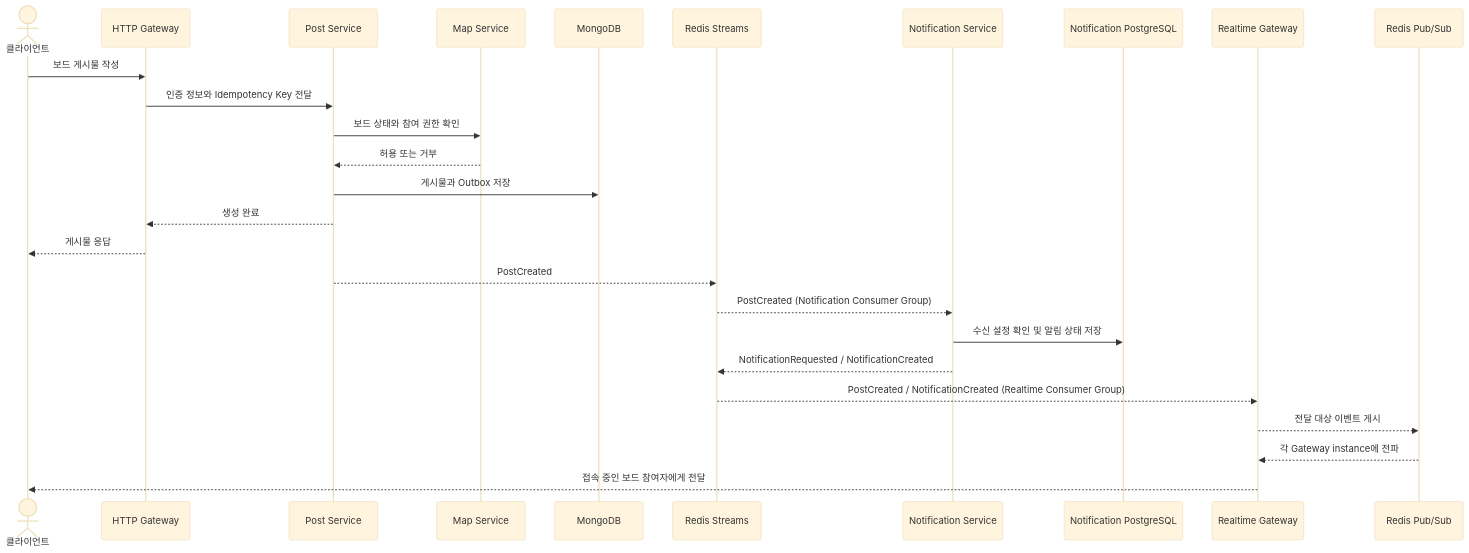
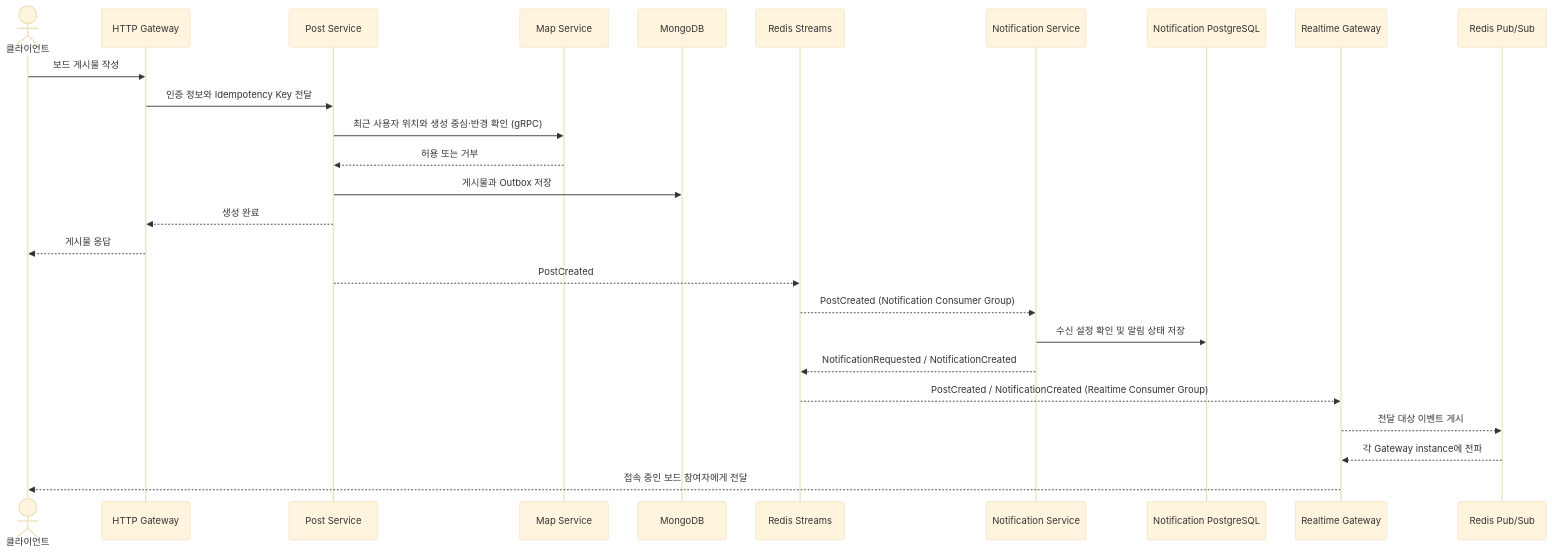
One commit to WGO-What-s-Going-On/Backend changed the third of 4 diagrams in ARCHITECTURE.md. Above: the diagram before and after it, drawn with Mermaid (base theme). The commit also changed other lines of this file and 31 other files, not shown here.

````diff
--- a/ARCHITECTURE.md
+++ b/ARCHITECTURE.md
@@ -251,29 +251,29 @@
 ```mermaid
 sequenceDiagram
     actor C as 클라이언트
     participant H as HTTP Gateway
     participant P as Post Service
     participant M as Map Service
     participant D as MongoDB
     participant S as Redis Streams
     participant N as Notification Service
     participant ND as Notification PostgreSQL
     participant R as Realtime Gateway
     participant F as Redis Pub/Sub
 
     C->>H: 보드 게시물 작성
     H->>P: 인증 정보와 Idempotency Key 전달
-    P->>M: 보드 상태와 참여 권한 확인
+    P->>M: 최근 사용자 위치와 생성 중심·반경 확인 (gRPC)
     M-->>P: 허용 또는 거부
     P->>D: 게시물과 Outbox 저장
     P-->>H: 생성 완료
     H-->>C: 게시물 응답
     P-->>S: PostCreated
     S-->>N: PostCreated (Notification Consumer Group)
     N->>ND: 수신 설정 확인 및 알림 상태 저장
     N-->>S: NotificationRequested / NotificationCreated
     S-->>R: PostCreated / NotificationCreated (Realtime Consumer Group)
     R-->>F: 전달 대상 이벤트 게시
     F-->>R: 각 Gateway instance에 전파
     R-->>C: 접속 중인 보드 참여자에게 전달
 ```
````
